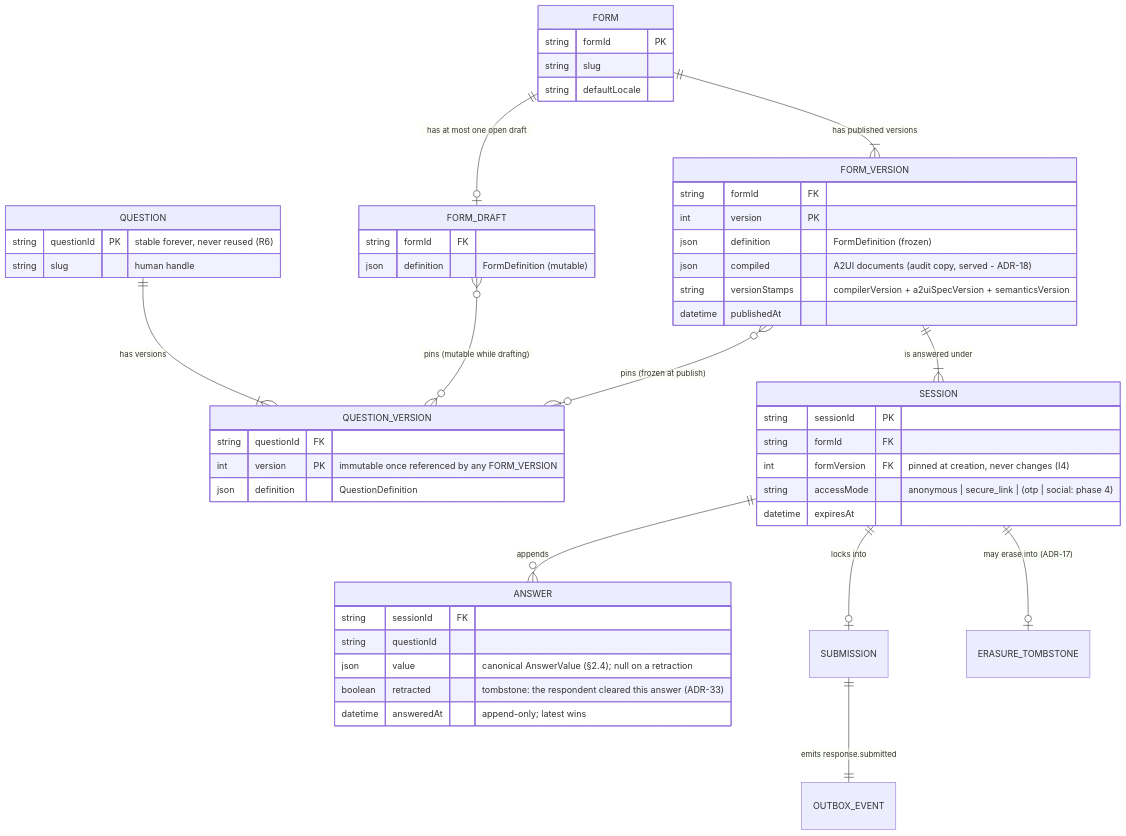
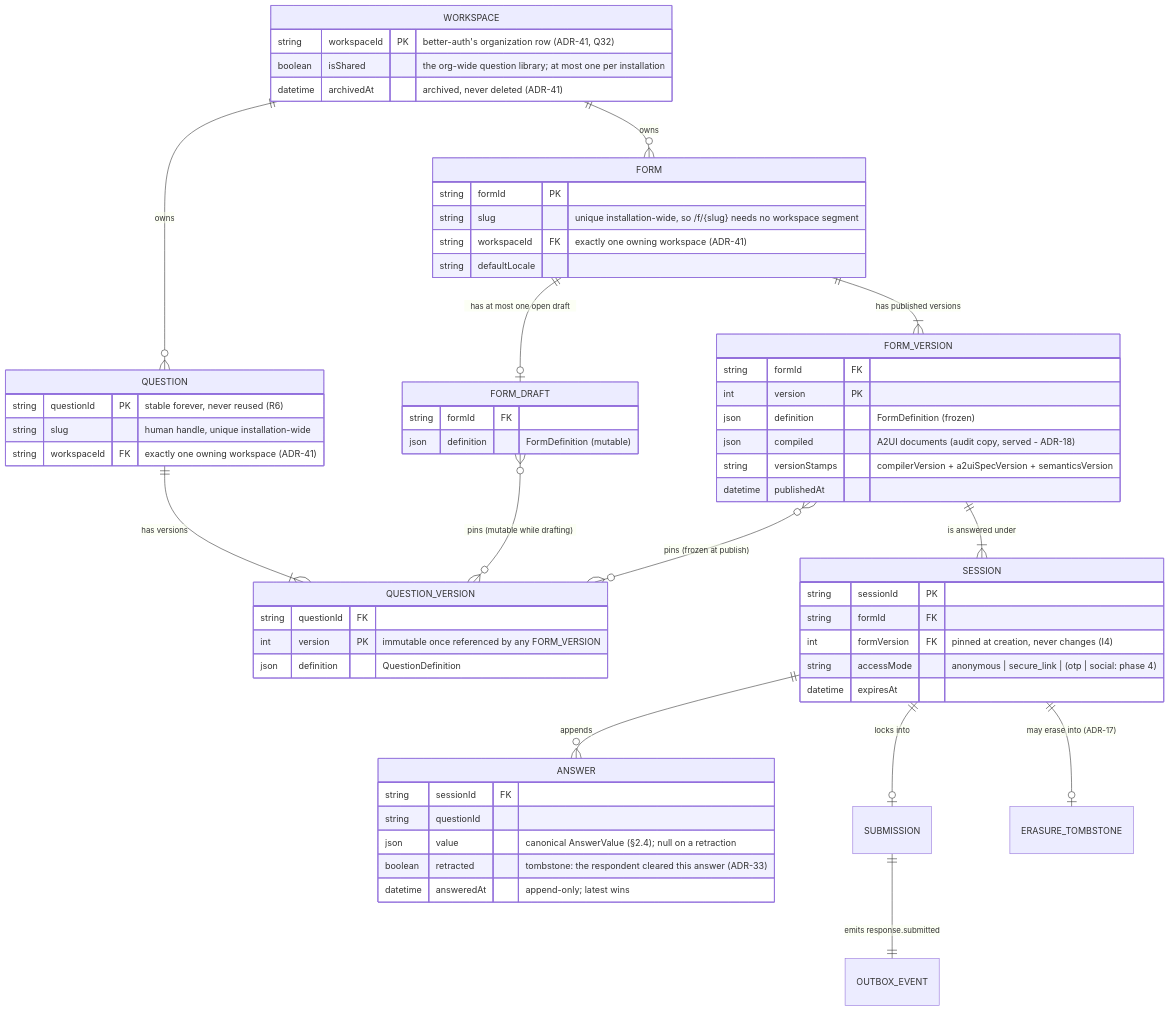
The first of 6 diagrams in docs/DOMAIN_SCHEMA.md (roonga/qcms), drawn with Mermaid before and after one commit. The commit also changed 23 other files, not shown here.

First line of the commit message:
docs(adr,db,api): 068 record the workspace model in the decision record and the seams

````diff
--- a/docs/DOMAIN_SCHEMA.md
+++ b/docs/DOMAIN_SCHEMA.md
@@ -12,54 +12,64 @@
 ```mermaid
 erDiagram
     QUESTION ||--|{ QUESTION_VERSION : "has versions"
     FORM ||--o| FORM_DRAFT : "has at most one open draft"
     FORM ||--|{ FORM_VERSION : "has published versions"
     FORM_DRAFT }o--o{ QUESTION_VERSION : "pins (mutable while drafting)"
     FORM_VERSION }o--o{ QUESTION_VERSION : "pins (frozen at publish)"
     FORM_VERSION ||--|{ SESSION : "is answered under"
     SESSION ||--o{ ANSWER : "appends"
     SESSION ||--o| SUBMISSION : "locks into"
     SESSION ||--o| ERASURE_TOMBSTONE : "may erase into (ADR-17)"
     SUBMISSION ||--|| OUTBOX_EVENT : "emits response.submitted"
 
+    WORKSPACE ||--o{ QUESTION : "owns"
+    WORKSPACE ||--o{ FORM : "owns"
+
+    WORKSPACE {
+        string workspaceId PK "better-auth's organization row (ADR-41, Q32)"
+        boolean isShared "the org-wide question library; at most one per installation"
+        datetime archivedAt "archived, never deleted (ADR-41)"
+    }
     QUESTION {
         string questionId PK "stable forever, never reused (R6)"
-        string slug "human handle"
+        string slug "human handle, unique installation-wide"
+        string workspaceId FK "exactly one owning workspace (ADR-41)"
     }
     QUESTION_VERSION {
         string questionId FK
         int version PK "immutable once referenced by any FORM_VERSION"
         json definition "QuestionDefinition"
     }
     FORM {
         string formId PK
-        string slug
+        string slug "unique installation-wide, so /f/{slug} needs no workspace segment"
+        string workspaceId FK "exactly one owning workspace (ADR-41)"
         string defaultLocale
     }
     FORM_DRAFT {
         string formId FK
         json definition "FormDefinition (mutable)"
     }
     FORM_VERSION {
         string formId FK
         int version PK
         json definition "FormDefinition (frozen)"
         json compiled "A2UI documents (audit copy, served - ADR-18)"
         string versionStamps "compilerVersion + a2uiSpecVersion + semanticsVersion"
         datetime publishedAt
     }
     SESSION {
         string sessionId PK
         string formId FK
         int formVersion FK "pinned at creation, never changes (I4)"
         string accessMode "anonymous | secure_link | (otp | social: phase 4)"
         datetime expiresAt
     }
     ANSWER {
         string sessionId FK
         string questionId
         json value "canonical AnswerValue (§2.4); null on a retraction"
         boolean retracted "tombstone: the respondent cleared this answer (ADR-33)"
         datetime answeredAt "append-only; latest wins"
     }
 ```
````
